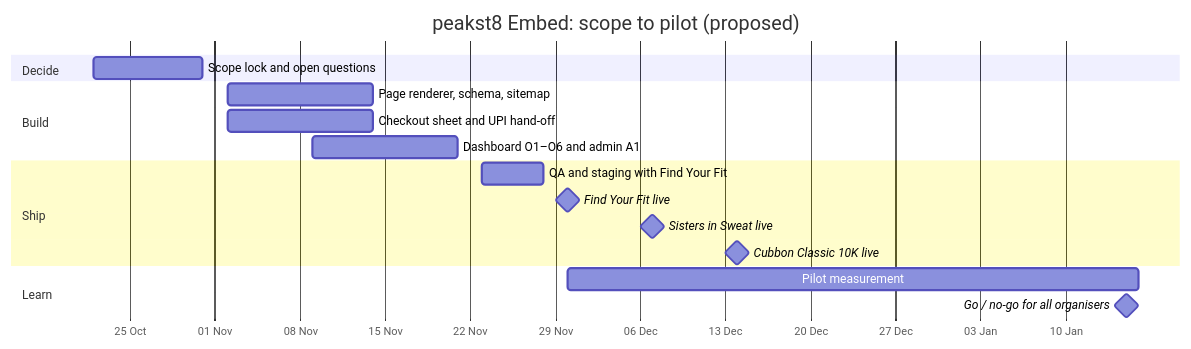
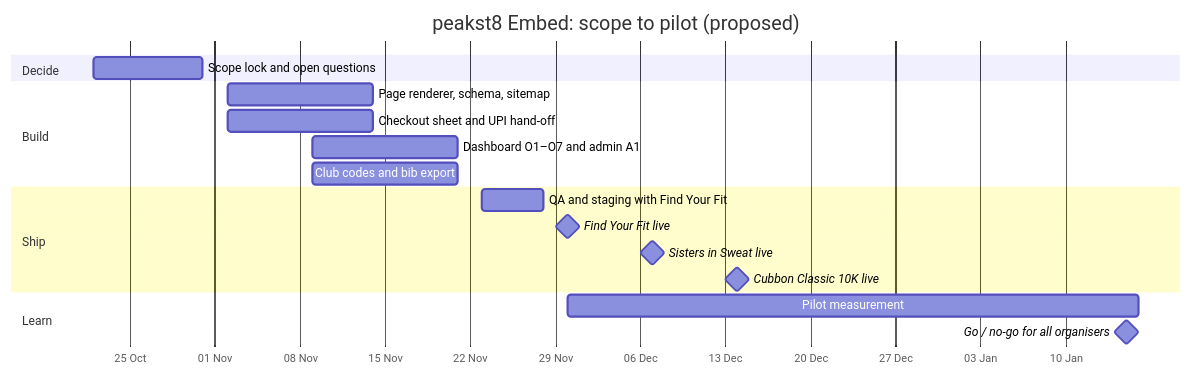
One commit to arth6025/peak-state-embed changed the diagram in README.md. Above: the diagram before and after it, drawn with Mermaid. The commit also changed other lines of this file and 10 other files, not shown here.

Commit message:
V1 adds club-code registration and bib/timing export for Cubbon Classic 10K; Cubbon as KonfHub case study

````diff
--- a/README.md
+++ b/README.md
@@ -61,20 +81,21 @@
 ```mermaid
 gantt
   title peakst8 Embed: scope to pilot (proposed)
   dateFormat YYYY-MM-DD
   axisFormat %d %b
   section Decide
   Scope lock and open questions      :a1, 2026-10-22, 9d
   section Build
   Page renderer, schema, sitemap     :b1, 2026-11-02, 12d
   Checkout sheet and UPI hand-off    :b2, 2026-11-02, 12d
-  Dashboard O1–O6 and admin A1       :b3, 2026-11-09, 12d
+  Dashboard O1–O7 and admin A1       :b3, 2026-11-09, 12d
+  Club codes and bib export          :b4, 2026-11-09, 12d
   section Ship
   QA and staging with Find Your Fit  :c1, 2026-11-23, 5d
   Find Your Fit live                 :milestone, m1, 2026-11-30, 0d
   Sisters in Sweat live              :milestone, m2, 2026-12-07, 0d
   Cubbon Classic 10K live            :milestone, m3, 2026-12-14, 0d
   section Learn
   Pilot measurement                  :d1, 2026-11-30, 47d
   Go / no-go for all organisers      :milestone, m4, 2027-01-15, 0d
 ```
````
